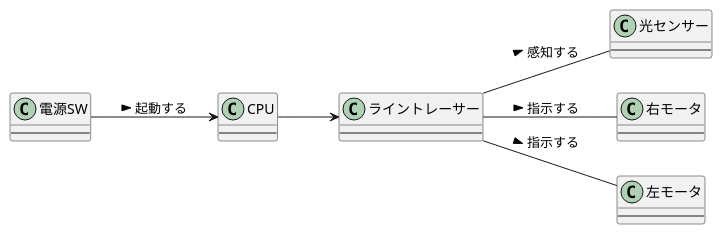
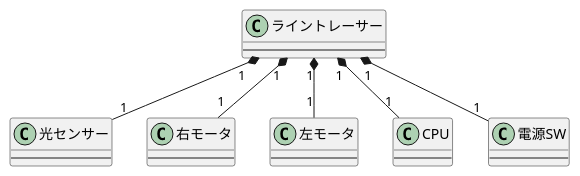
The diagram in 6章/演習6-5-1_クラス図_ライントレーサー.pu (krij9319/uml-introduction), drawn with PlantUML before and after one commit.

Commit message:
演習6-5-1_クラス図の新規作成

```diff
--- a/6章/演習6-5-1_クラス図_ライントレーサー.pu
+++ b/6章/演習6-5-1_クラス図_ライントレーサー.pu
@@ -1,33 +1,33 @@
 @startuml クラス図
-    left to right direction
+    top to bottom direction
     class ライントレーサー{
     ---
     }
 
     class 光センサー{
     ---
     }
 
     class 右モータ{
     ---
     }
 
     class 左モータ{
     ---
     }
 
     class CPU{
     ---
     }
 
     class 電源SW{
     ---
     }
 
-    電源SW --> CPU : > 起動する
-    CPU --> ライントレーサー
-    ライントレーサー -- 右モータ : > 指示する
-    ライントレーサー -- 光センサー : > 感知する
-    ライントレーサー -- 左モータ : > 指示する
+    ライントレーサー "1" *-- "1" 光センサー
+    ライントレーサー "1" *-- "1" 右モータ
+    ライントレーサー "1" *-- "1" 左モータ
+    ライントレーサー "1" *-- "1" CPU
+    ライントレーサー "1" *-- "1" 電源SW
 
 @enduml
```
